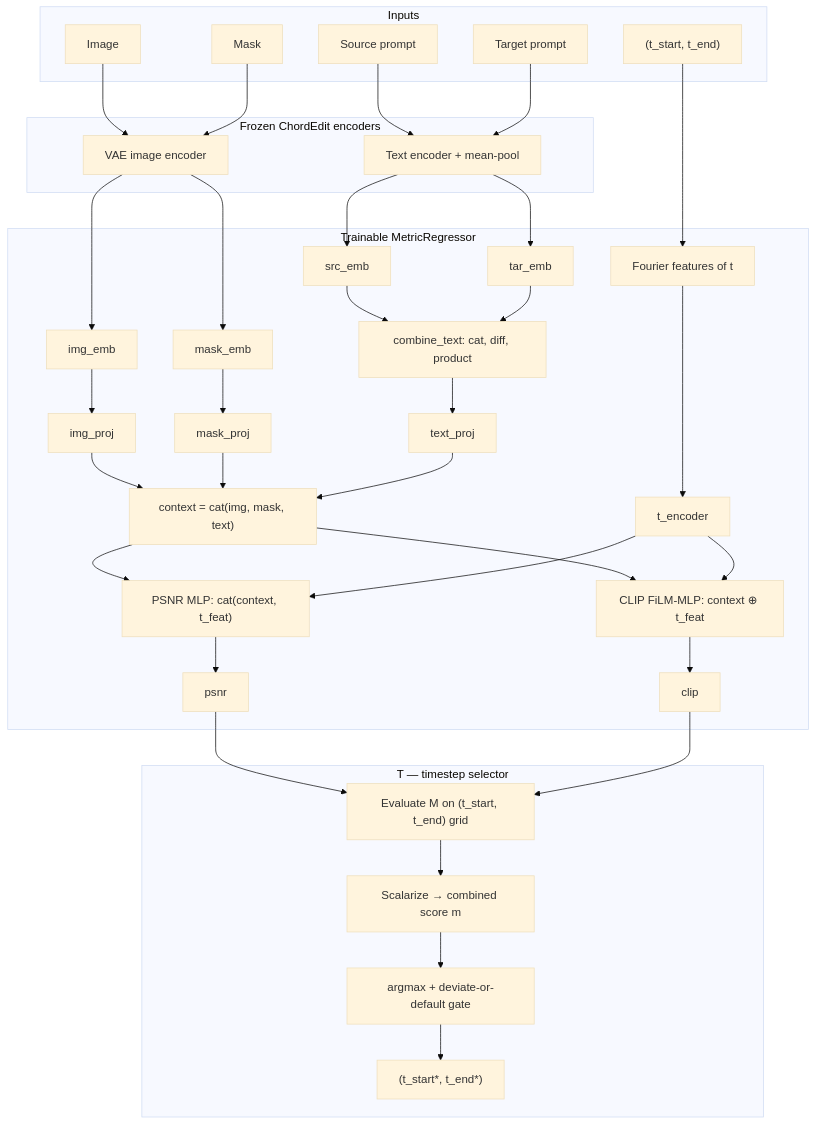
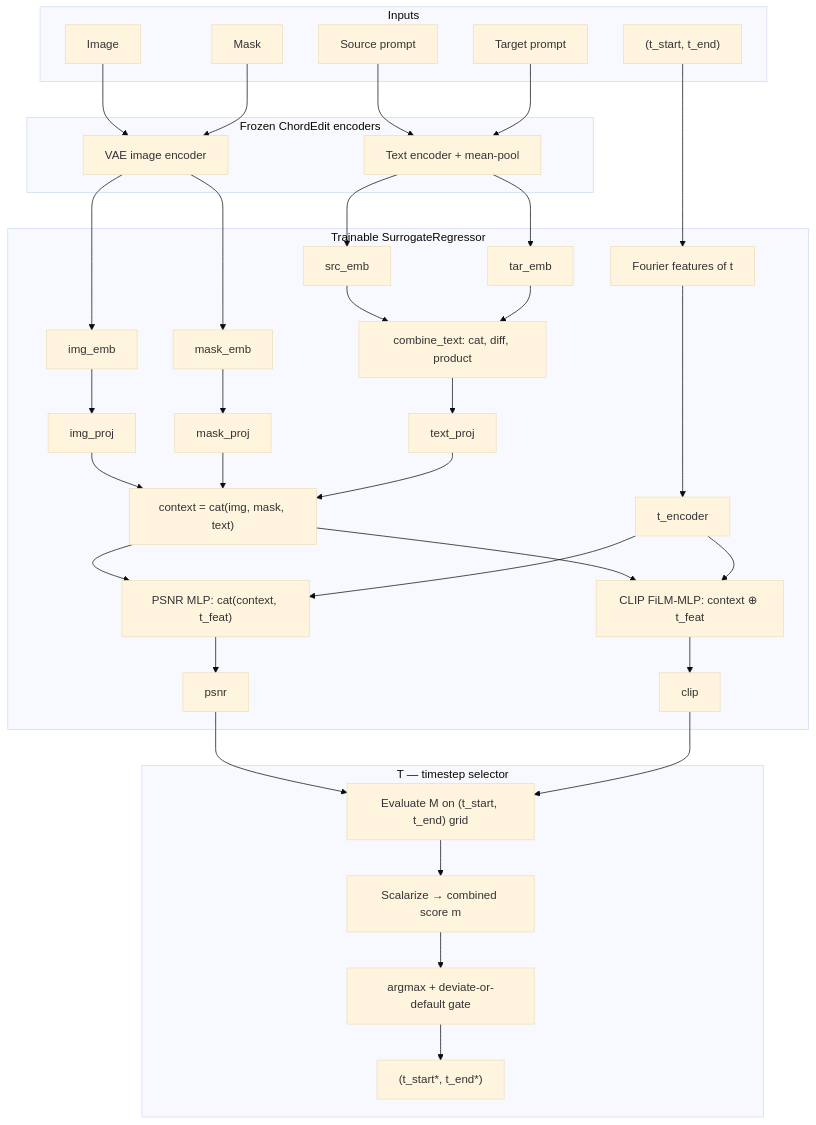
Before and after one commit to hcoderdm/chordedit-models: the diagram in models/surrogate_selector/README.md, drawn with Mermaid (base theme). The commit also changed 8 other files, not shown here.

````diff
--- a/models/surrogate_selector/README.md
+++ b/models/surrogate_selector/README.md
@@ -9,66 +9,66 @@
 ```mermaid
 flowchart TB
   subgraph inputs [Inputs]
     img[Image]
     mask[Mask]
     src[Source prompt]
     tar[Target prompt]
     ts["(t_start, t_end)"]
   end
 
   subgraph frozen [Frozen ChordEdit encoders]
     vae[VAE image encoder]
     te[Text encoder + mean-pool]
   end
 
   img --> vae
   mask --> vae
   src --> te
   tar --> te
 
   vae --> img_emb[img_emb]
   vae --> mask_emb[mask_emb]
   te --> src_emb[src_emb]
   te --> tar_emb[tar_emb]
 
-  subgraph regressor [Trainable MetricRegressor]
+  subgraph regressor [Trainable SurrogateRegressor]
     img_proj[img_proj]
     mask_proj[mask_proj]
     text_combine["combine_text: cat, diff, product"]
     text_proj[text_proj]
     fourier["Fourier features of t"]
     t_enc[t_encoder]
 
     img_emb --> img_proj
     mask_emb --> mask_proj
     src_emb --> text_combine
     tar_emb --> text_combine
     text_combine --> text_proj
     ts --> fourier --> t_enc
 
     context["context = cat(img, mask, text)"]
     img_proj --> context
     mask_proj --> context
     text_proj --> context
 
     psnr_tower["PSNR MLP: cat(context, t_feat)"]
     clip_tower["CLIP FiLM-MLP: context ⊕ t_feat"]
     context --> psnr_tower
     t_enc --> psnr_tower
     context --> clip_tower
     t_enc --> clip_tower
 
     psnr_tower --> psnr[psnr]
     clip_tower --> clip[clip]
   end
 
   subgraph T [T — timestep selector]
     grid["Evaluate M on (t_start, t_end) grid"]
     scalar["Scalarize → combined score m"]
     argmax["argmax + deviate-or-default gate"]
     psnr --> grid
     clip --> grid
     grid --> scalar --> argmax
     argmax --> out["(t_start*, t_end*)"]
   end
 ```
````
